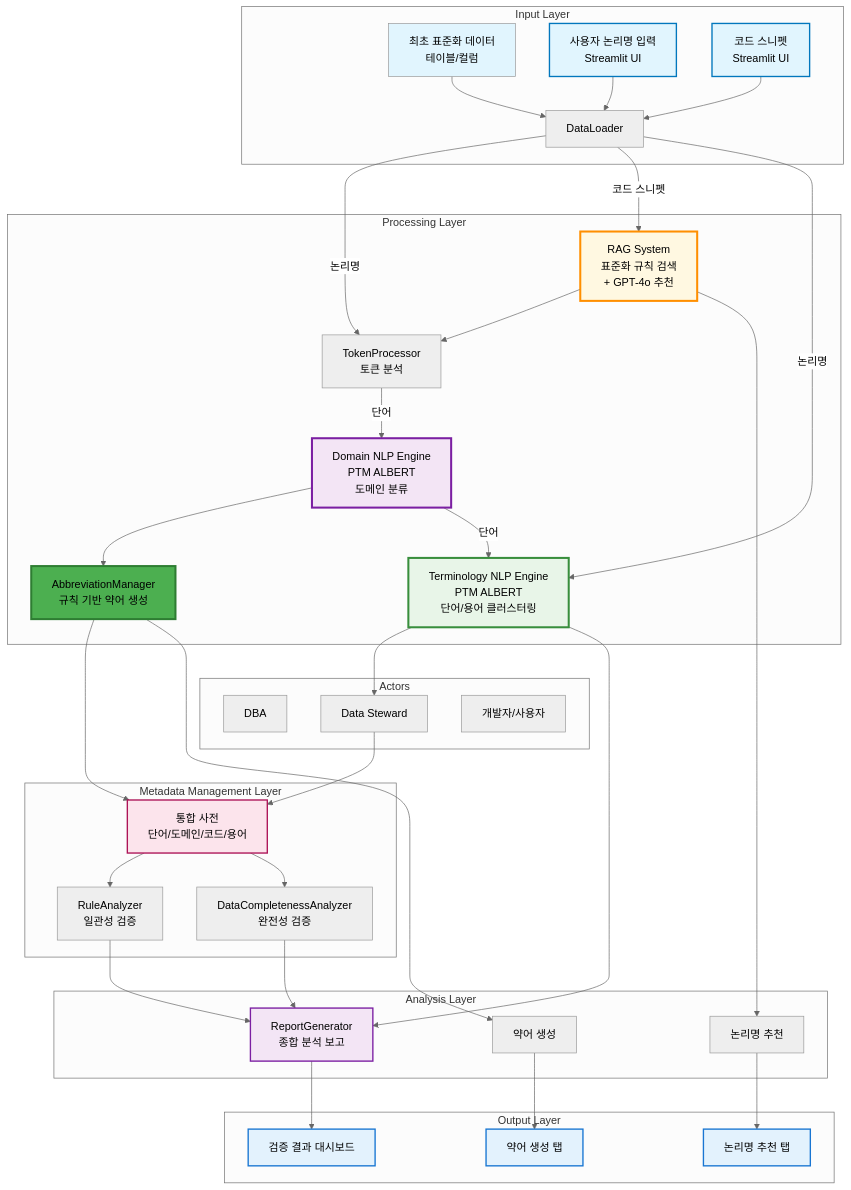
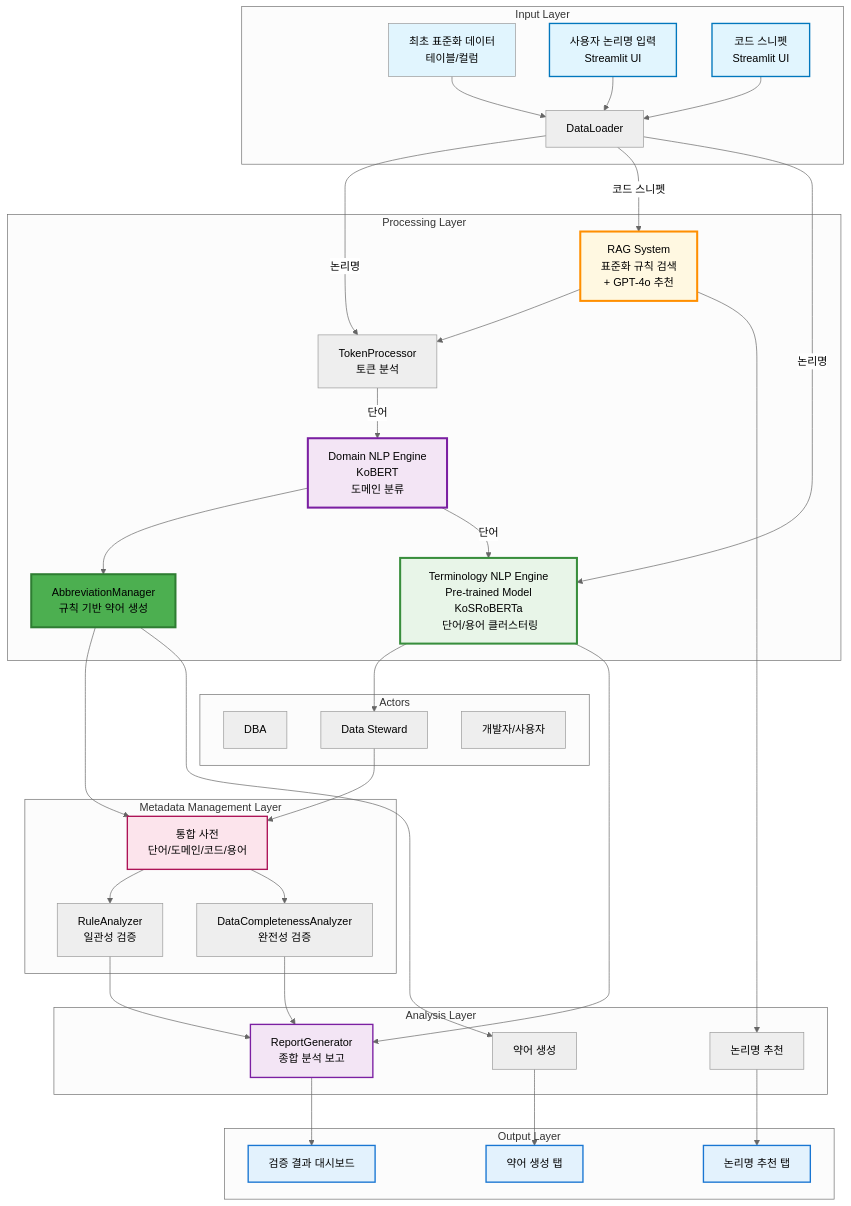
Before and after one commit to kmink3225/website: the first of 36 diagrams in docs/portfolio/flowchart.qmd, drawn with Mermaid (neutral theme). The commit also changed 4 other files, not shown here.

````diff
--- a/docs/portfolio/flowchart.qmd
+++ b/docs/portfolio/flowchart.qmd
@@ -3,68 +3,68 @@
 ```{mermaid}
 graph TB
     subgraph "Input Layer"
         A[최초 표준화 데이터<br/>테이블/컬럼] --> B[DataLoader]
         A1[사용자 논리명 입력<br/>Streamlit UI] --> B
         A2[코드 스니펫<br/>Streamlit UI] --> B
     end
     
     subgraph "Processing Layer"
         B -->|논리명| C[TokenProcessor<br/>토큰 분석]
-        C --> |단어|D[Domain NLP Engine<br/>PTM ALBERT<br/>도메인 분류]
+        C --> |단어|D[Domain NLP Engine<br/>KoBERT<br/>도메인 분류]
         D --> E[AbbreviationManager<br/>규칙 기반 약어 생성]
         
         RAG[RAG System<br/>표준화 규칙 검색<br/>+ GPT-4o 추천]
-        NLP[Terminology NLP Engine<br/>PTM ALBERT<br/> 단어/용어 클러스터링]
+        NLP[Terminology NLP Engine<br/> Pre-trained Model KoSRoBERTa<br/> 단어/용어 클러스터링]
         
         RAG --> C
         D -->|단어| NLP
     end
 
     B --> |코드 스니펫| RAG
     B --> |논리명| NLP
 
     subgraph "Actors"
         DBA[DBA]
         DS[Data Steward]
         SD[개발자/사용자]
     end
 
     NLP --> DS
     DS --> MD
 
     subgraph "Metadata Management Layer"
         MD[통합 사전<br/>단어/도메인/코드/용어]
         E --> MD
         MD --> F[RuleAnalyzer<br/>일관성 검증]
         MD --> H[DataCompletenessAnalyzer<br/>완전성 검증]
     end
     
     subgraph "Analysis Layer"
         F --> G[ReportGenerator<br/>종합 분석 보고]
         H --> G
         NLP --> G
         RAG --> REC[논리명 추천]
         E --> ABR[약어 생성]
     end
     
     subgraph "Output Layer"
         G --> UI1[검증 결과 대시보드]
         REC --> UI2[논리명 추천 탭]
         ABR --> UI3[약어 생성 탭]
     end
     
     %% 스타일링
     style A fill:#e1f5fe
     style A1 fill:#e1f5fe,stroke:#0277bd,stroke-width:2px
     style A2 fill:#e1f5fe,stroke:#0277bd,stroke-width:2px
     style RAG fill:#fff8e1,stroke:#ff8f00,stroke-width:3px
     style NLP fill:#e8f5e8,stroke:#388e3c,stroke-width:3px
     style D fill:#f3e5f5,stroke:#7b1fa2,stroke-width:3px
     style E fill:#4caf50,stroke:#2e7d32,stroke-width:3px
     style MD fill:#fce4ec,stroke:#ad1457,stroke-width:2px
     style G fill:#f3e5f5,stroke:#7b1fa2,stroke-width:2px
     style UI1 fill:#e3f2fd,stroke:#1976d2,stroke-width:2px
     style UI2 fill:#e3f2fd,stroke:#1976d2,stroke-width:2px
     style UI3 fill:#e3f2fd,stroke:#1976d2,stroke-width:2px
 
 ```
````
